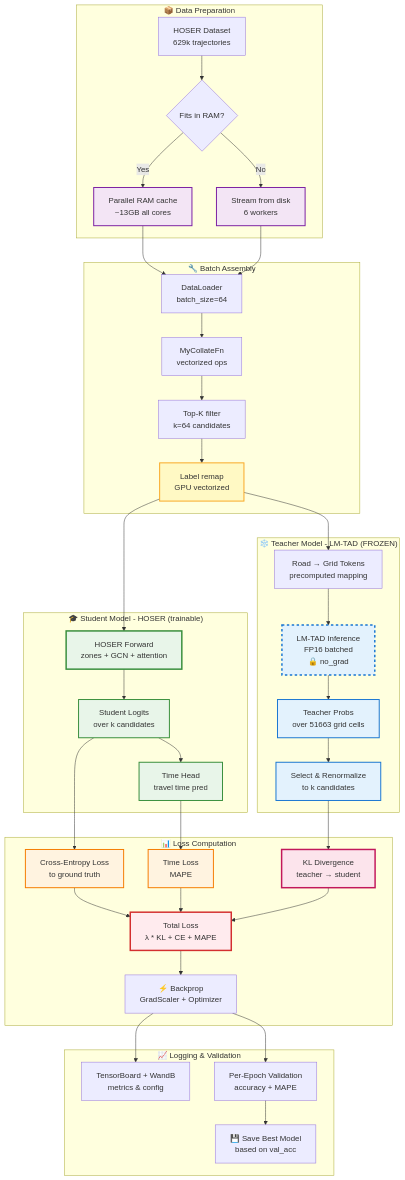
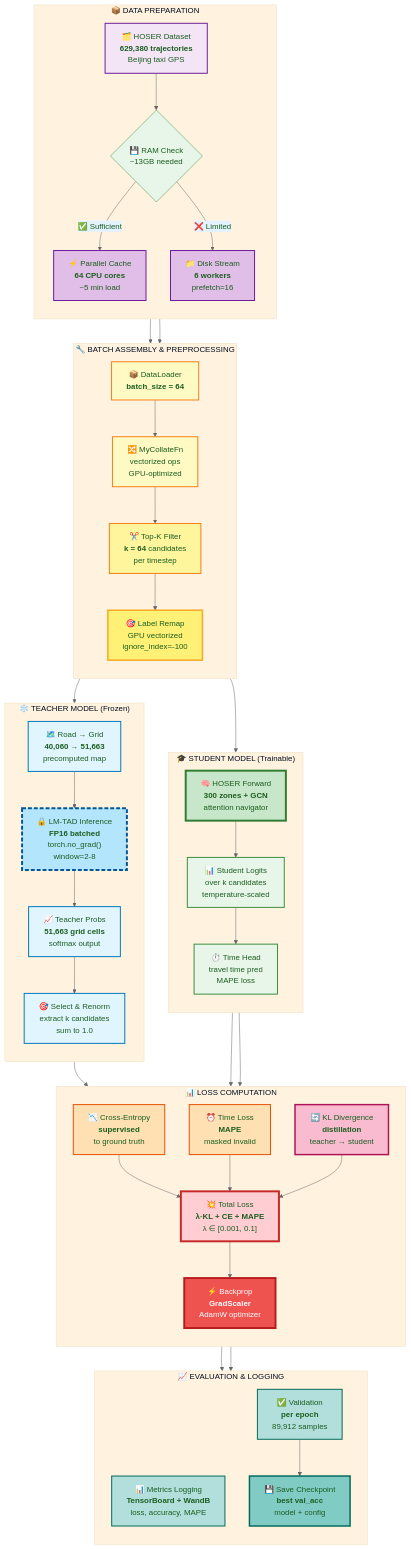
One commit to matercomus/HOSER changed the first of 2 diagrams in LMTAD-Distillation.md. Above: the diagram before and after it, drawn with Mermaid. The commit also changed other lines of this file, not shown here.

````diff
--- a/LMTAD-Distillation.md
+++ b/LMTAD-Distillation.md
@@ -53,66 +53,89 @@
 ```mermaid
+%%{init: {'theme':'base', 'themeVariables': { 'primaryColor':'#e8f5e9','primaryTextColor':'#1b5e20','primaryBorderColor':'#388e3c','lineColor':'#666','secondaryColor':'#e3f2fd','tertiaryColor':'#fff3e0'}}}%%
 flowchart TB
-  subgraph Data["📦 Data Preparation"]
-    A[HOSER Dataset<br/>629k trajectories] --> B{Fits in RAM?}
-    B -->|Yes| C[Parallel RAM cache<br/>~13GB all cores]
-    B -->|No| D[Stream from disk<br/>6 workers]
+  subgraph Data["📦 DATA PREPARATION"]
+    direction TB
+    A["🗂️ HOSER Dataset<br/><b>629,380 trajectories</b><br/>Beijing taxi GPS"]
+    A --> B{"💾 RAM Check<br/>~13GB needed"}
+    B -->|"✅ Sufficient"| C["⚡ Parallel Cache<br/><b>64 CPU cores</b><br/>~5 min load"]
+    B -->|"❌ Limited"| D["📁 Disk Stream<br/><b>6 workers</b><br/>prefetch=16"]
   end
 
-  subgraph Loader["🔧 Batch Assembly"]
-    C --> E[DataLoader<br/>batch_size=64]
+  subgraph Loader["🔧 BATCH ASSEMBLY & PREPROCESSING"]
+    direction TB
+    C --> E["📦 DataLoader<br/><b>batch_size = 64</b>"]
     D --> E
-    E --> F[MyCollateFn<br/>vectorized ops]
-    F --> G[Top-K filter<br/>k=64 candidates]
-    G --> H[Label remap<br/>GPU vectorized]
+    E --> F["🔀 MyCollateFn<br/>vectorized ops<br/>GPU-optimized"]
+    F --> G["✂️ Top-K Filter<br/><b>k = 64</b> candidates<br/>per timestep"]
+    G --> H["🎯 Label Remap<br/>GPU vectorized<br/>ignore_index=-100"]
   end
 
-  subgraph Student["🎓 Student Model - HOSER (trainable)"]
-    H --> I["HOSER Forward<br/>zones + GCN + attention"]
-    I --> J["Student Logits<br/>over k candidates"]
-    J --> K["Time Head<br/>travel time pred"]
+  subgraph Student["🎓 STUDENT MODEL (Trainable)"]
+    direction TB
+    H --> I["🧠 HOSER Forward<br/><b>300 zones + GCN</b><br/>attention navigator"]
+    I --> J["📊 Student Logits<br/>over k candidates<br/>temperature-scaled"]
+    J --> K["⏱️ Time Head<br/>travel time pred<br/>MAPE loss"]
   end
 
-  subgraph Teacher["❄️ Teacher Model - LM-TAD (FROZEN)"]
-    H --> L["Road → Grid Tokens<br/>precomputed mapping"]
-    L --> M["LM-TAD Inference<br/>FP16 batched<br/>🔒 no_grad"]
-    M --> N["Teacher Probs<br/>over 51663 grid cells"]
-    N --> O["Select & Renormalize<br/>to k candidates"]
+  subgraph Teacher["❄️ TEACHER MODEL (Frozen)"]
+    direction TB
+    H --> L["🗺️ Road → Grid<br/><b>40,060 → 51,663</b><br/>precomputed map"]
+    L --> M["🔒 LM-TAD Inference<br/><b>FP16 batched</b><br/>torch.no_grad()<br/>window=2-8"]
+    M --> N["📈 Teacher Probs<br/><b>51,663 grid cells</b><br/>softmax output"]
+    N --> O["🎯 Select & Renorm<br/>extract k candidates<br/>sum to 1.0"]
   end
 
-  subgraph Losses["📊 Loss Computation"]
-    J --> P["Cross-Entropy Loss<br/>to ground truth"]
-    K --> Q["Time Loss<br/>MAPE"]
-    O --> R["KL Divergence<br/>teacher → student"]
-    P --> S["Total Loss<br/>λ * KL + CE + MAPE"]
+  subgraph Losses["📊 LOSS COMPUTATION"]
+    direction TB
+    J --> P["📉 Cross-Entropy<br/><b>supervised</b><br/>to ground truth"]
+    K --> Q["⏰ Time Loss<br/><b>MAPE</b><br/>masked invalid"]
+    O --> R["🔄 KL Divergence<br/><b>distillation</b><br/>teacher → student"]
+    P --> S["💥 Total Loss<br/><b>λ·KL + CE + MAPE</b><br/>λ ∈ [0.001, 0.1]"]
     Q --> S
     R --> S
-    S --> T["⚡ Backprop<br/>GradScaler + Optimizer"]
+    S --> T["⚡ Backprop<br/><b>GradScaler</b><br/>AdamW optimizer"]
   end
 
-  subgraph Eval["📈 Logging & Validation"]
-    T --> U["TensorBoard + WandB<br/>metrics & config"]
-    T --> V["Per-Epoch Validation<br/>accuracy + MAPE"]
-    V --> W["💾 Save Best Model<br/>based on val_acc"]
+  subgraph Eval["📈 EVALUATION & LOGGING"]
+    direction TB
+    T --> U["📊 Metrics Logging<br/><b>TensorBoard + WandB</b><br/>loss, accuracy, MAPE"]
+    T --> V["✅ Validation<br/><b>per epoch</b><br/>89,912 samples"]
+    V --> W["💾 Save Checkpoint<br/><b>best val_acc</b><br/>model + config"]
   end
 
-  %% Styling for frozen teacher
-  style M fill:#e3f2fd,stroke:#1976d2,stroke-width:3px,stroke-dasharray: 5 5
-  style N fill:#e3f2fd,stroke:#1976d2,stroke-width:2px
-  style O fill:#e3f2fd,stroke:#1976d2,stroke-width:2px
+  %% Styling for frozen teacher (blue with dashed border)
+  style L fill:#e1f5fe,stroke:#0277bd,stroke-width:2px
+  style M fill:#b3e5fc,stroke:#01579b,stroke-width:4px,stroke-dasharray: 8 4
+  style N fill:#e1f5fe,stroke:#0277bd,stroke-width:2px
+  style O fill:#e1f5fe,stroke:#0277bd,stroke-width:2px
   
-  %% Styling for trainable student
-  style I fill:#e8f5e9,stroke:#388e3c,stroke-width:3px
+  %% Styling for trainable student (green)
+  style I fill:#c8e6c9,stroke:#2e7d32,stroke-width:4px
   style J fill:#e8f5e9,stroke:#388e3c,stroke-width:2px
   style K fill:#e8f5e9,stroke:#388e3c,stroke-width:2px
   
-  %% Styling for losses
-  style P fill:#fff3e0,stroke:#f57c00,stroke-width:2px
-  style Q fill:#fff3e0,stroke:#f57c00,stroke-width:2px
-  style R fill:#fce4ec,stroke:#c2185b,stroke-width:3px
-  style S fill:#ffebee,stroke:#d32f2f,stroke-width:3px
+  %% Styling for losses (orange → red gradient)
+  style P fill:#ffe0b2,stroke:#e65100,stroke-width:2px
+  style Q fill:#ffe0b2,stroke:#e65100,stroke-width:2px
+  style R fill:#f8bbd0,stroke:#ad1457,stroke-width:3px
+  style S fill:#ffcdd2,stroke:#c62828,stroke-width:4px
   
-  %% Styling for data flow
-  style C fill:#f3e5f5,stroke:#7b1fa2,stroke-width:2px
-  style D fill:#f3e5f5,stroke:#7b1fa2,stroke-width:2px
-  style H fill:#fff9c4,stroke:#f9a825,stroke-width:2px
+  %% Styling for data flow (purple)
+  style A fill:#f3e5f5,stroke:#6a1b9a,stroke-width:2px
+  style C fill:#e1bee7,stroke:#6a1b9a,stroke-width:2px
+  style D fill:#e1bee7,stroke:#6a1b9a,stroke-width:2px
+  
+  %% Styling for preprocessing (yellow)
+  style E fill:#fff9c4,stroke:#f57f17,stroke-width:2px
+  style F fill:#fff9c4,stroke:#f57f17,stroke-width:2px
+  style G fill:#fff59d,stroke:#f57f17,stroke-width:2px
+  style H fill:#fff176,stroke:#f9a825,stroke-width:3px
+  
+  %% Styling for backprop (bright red)
+  style T fill:#ef5350,stroke:#b71c1c,stroke-width:4px,color:#fff
+  
+  %% Styling for eval (teal)
+  style U fill:#b2dfdb,stroke:#00695c,stroke-width:2px
+  style V fill:#b2dfdb,stroke:#00695c,stroke-width:2px
+  style W fill:#80cbc4,stroke:#00695c,stroke-width:3px
 ```
````
